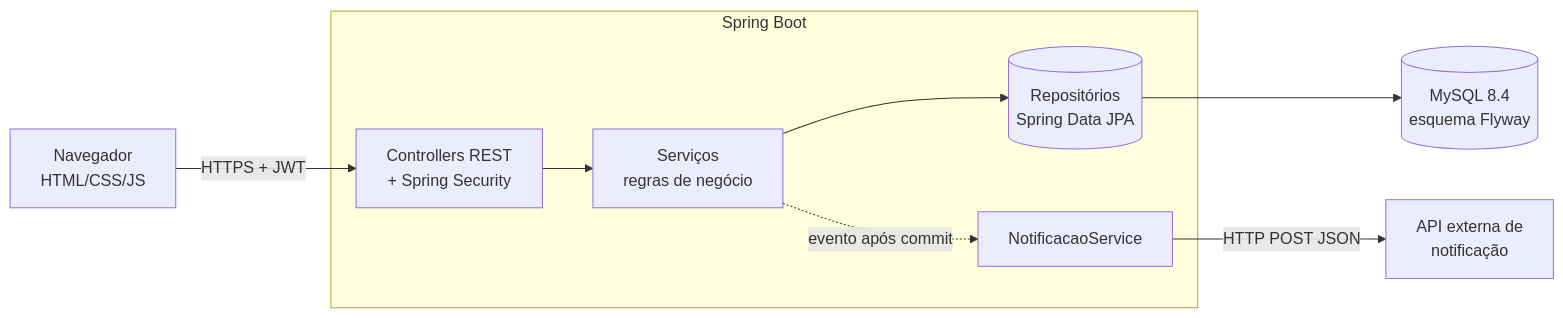
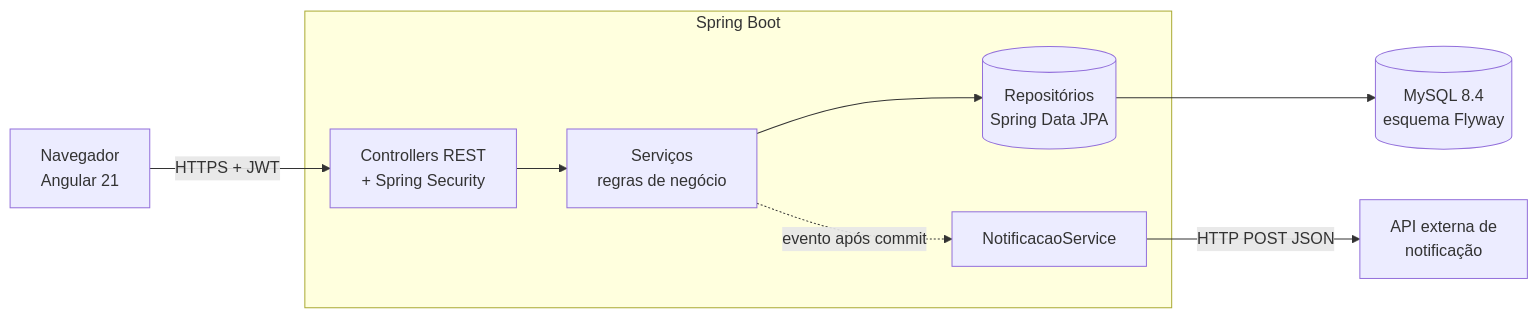
Before and after one commit to Guilherme3578/trabalho-qualidade-de-software: the first of 3 diagrams in docs/02-arquitetura.md, drawn with Mermaid. The commit also changed other lines of this file and 4 other files, not shown here.

````diff
--- a/docs/02-arquitetura.md
+++ b/docs/02-arquitetura.md
@@ -12,11 +14,11 @@
 ```mermaid
 flowchart LR
-    U[Navegador<br/>HTML/CSS/JS] -->|HTTPS + JWT| API
+    U[Navegador<br/>Angular 21] -->|HTTPS + JWT| API
     subgraph Spring Boot
       API[Controllers REST<br/>+ Spring Security] --> S[Serviços<br/>regras de negócio]
       S --> R[(Repositórios<br/>Spring Data JPA)]
       S -.evento após commit.-> N[NotificacaoService]
     end
     R --> M[(MySQL 8.4<br/>esquema Flyway)]
     N -->|HTTP POST JSON| EXT[API externa de<br/>notificação]
 ```
````
